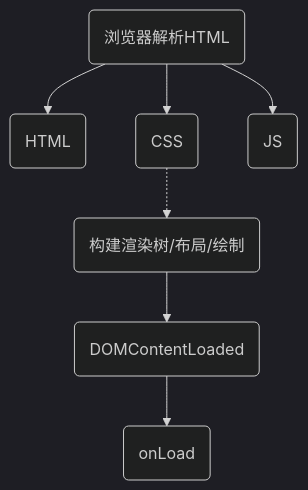
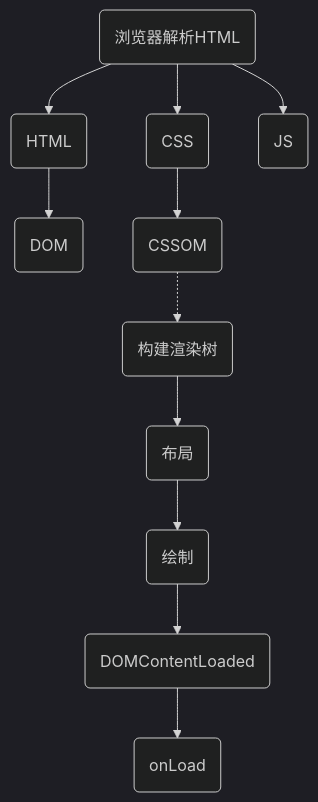
Before and after one commit to ZhouQunying/Blog: the second of 2 diagrams in 前端性能优化.md, drawn with Mermaid (dark theme). The commit also changed other lines of this file, not shown here.

````diff
--- a/前端性能优化.md
+++ b/前端性能优化.md
@@ -28,10 +28,14 @@
 ```mermaid
 graph TD
 A(浏览器解析HTML)
 A --> B(HTML)
 A --> C(CSS)
 A --> D(JS)
-C -.-> E(构建渲染树/布局/绘制)
-E --> F(DOMContentLoaded)
-F --> G(onLoad)
+B --> BA(DOM)
+C --> CA(CSSOM)
+CA -.-> E(构建渲染树)
+E --> F(布局)
+F --> G(绘制)
+G --> H(DOMContentLoaded)
+H --> I(onLoad)
 ```
````
